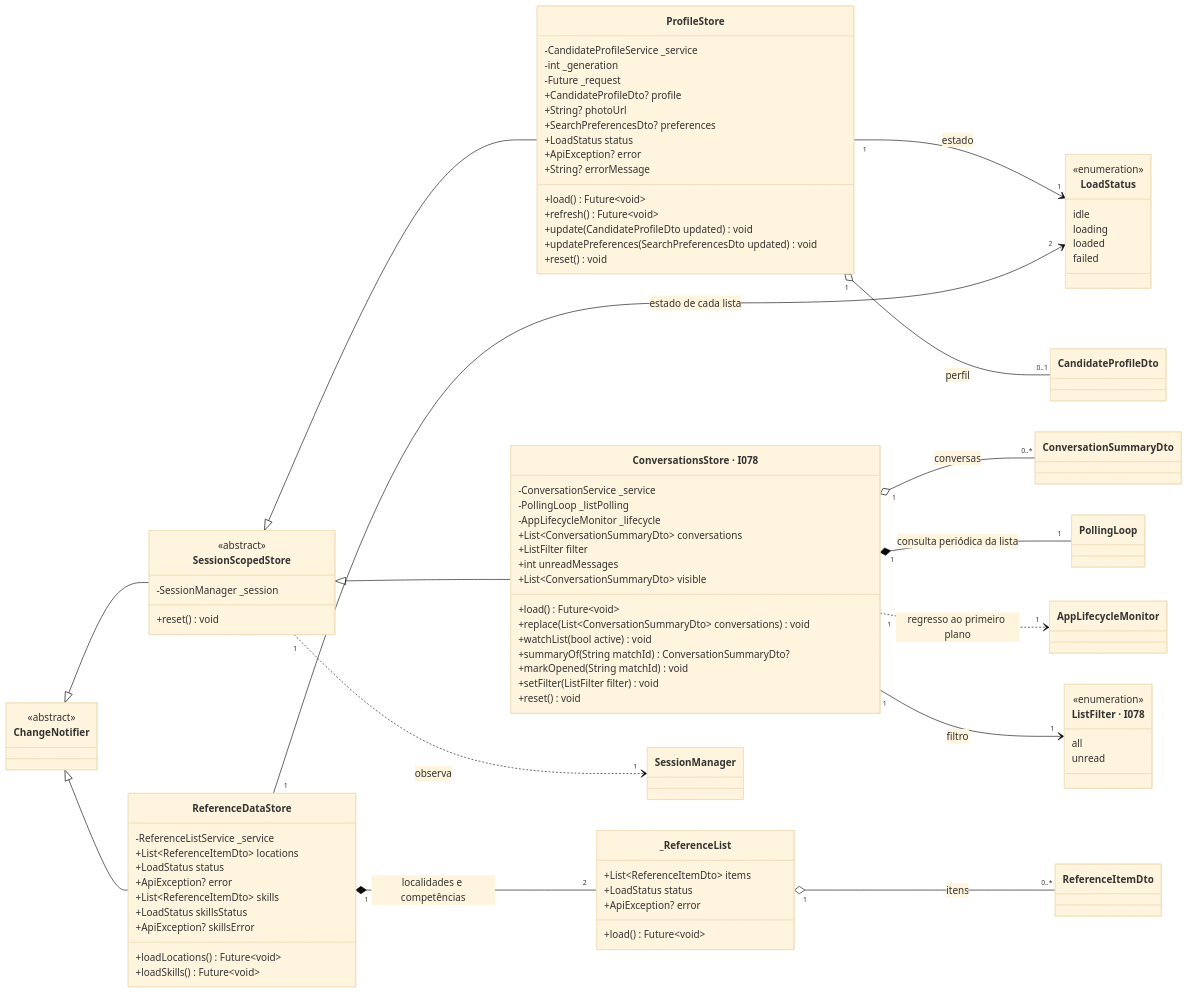
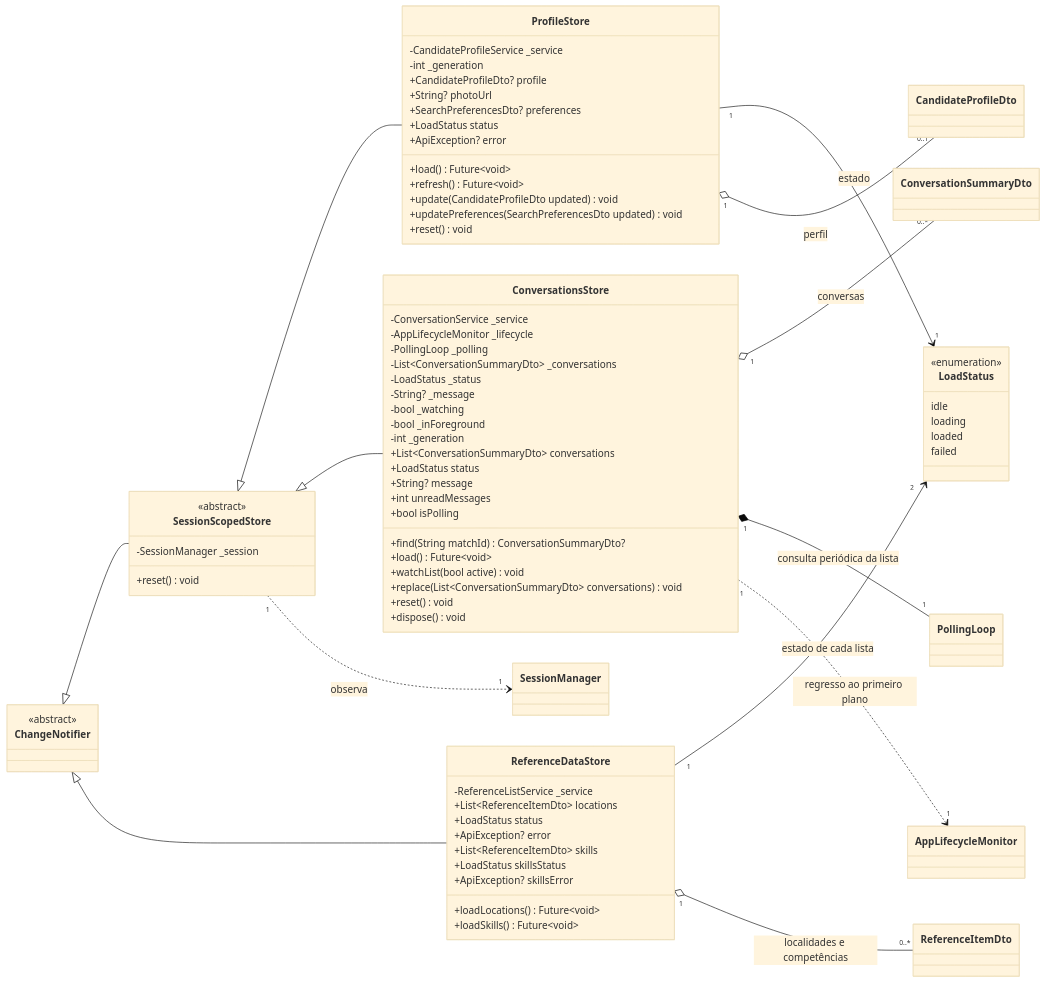
Diagram 12 of 23 in 04-artefactos-tecnicos/04.07-modelos-de-classes/m4-modelo-classes-frontend-mobile-v03.md (katch-lds/katch-docs), drawn with Mermaid (base theme) before and after one commit. The commit also changed other lines of this file and 2 other files, not shown here.

````diff
--- a/04-artefactos-tecnicos/04.07-modelos-de-classes/m4-modelo-classes-frontend-mobile-v03.md
+++ b/04-artefactos-tecnicos/04.07-modelos-de-classes/m4-modelo-classes-frontend-mobile-v03.md
@@ -966,11 +1017,6 @@
         loading
         loaded
         failed
-    }
-    class ListFilter["ListFilter · I078"] {
-        <<enumeration>>
-        all
-        unread
     }
     class ChangeNotifier {
         <<abstract>>
@@ -983,34 +1029,38 @@
     class ProfileStore {
         -CandidateProfileService _service
         -int _generation
-        -Future _request
         +CandidateProfileDto? profile
         +String? photoUrl
         +SearchPreferencesDto? preferences
         +LoadStatus status
         +ApiException? error
-        +String? errorMessage
         +load() Future~void~
         +refresh() Future~void~
         +update(CandidateProfileDto updated) void
         +updatePreferences(SearchPreferencesDto updated) void
         +reset() void
     }
-    class ConversationsStore["ConversationsStore · I078"] {
+    class ConversationsStore {
         -ConversationService _service
-        -PollingLoop _listPolling
         -AppLifecycleMonitor _lifecycle
+        -PollingLoop _polling
+        -List~ConversationSummaryDto~ _conversations
+        -LoadStatus _status
+        -String? _message
+        -bool _watching
+        -bool _inForeground
+        -int _generation
         +List~ConversationSummaryDto~ conversations
-        +ListFilter filter
+        +LoadStatus status
+        +String? message
         +int unreadMessages
-        +List~ConversationSummaryDto~ visible
+        +bool isPolling
+        +find(String matchId) ConversationSummaryDto?
         +load() Future~void~
+        +watchList(bool active) void
         +replace(List~ConversationSummaryDto~ conversations) void
-        +watchList(bool active) void
-        +summaryOf(String matchId) ConversationSummaryDto?
-        +markOpened(String matchId) void
-        +setFilter(ListFilter filter) void
         +reset() void
+        +dispose() void
     }
     class ReferenceDataStore {
         -ReferenceListService _service
@@ -1023,12 +1073,6 @@
         +loadLocations() Future~void~
         +loadSkills() Future~void~
     }
-    class ReferenceList["_ReferenceList"] {
-        +List~ReferenceItemDto~ items
-        +LoadStatus status
-        +ApiException? error
-        +load() Future~void~
-    }
     ChangeNotifier <|-- SessionScopedStore
     ChangeNotifier <|-- ReferenceDataStore
     SessionScopedStore <|-- ProfileStore
@@ -1040,7 +1084,5 @@
     ConversationsStore "1" o-- "0..*" ConversationSummaryDto : conversas
     ConversationsStore "1" *-- "1" PollingLoop : consulta periódica da lista
     ConversationsStore "1" ..> "1" AppLifecycleMonitor : regresso ao primeiro plano
-    ReferenceDataStore "1" *-- "2" ReferenceList : localidades e competências
-    ReferenceList "1" o-- "0..*" ReferenceItemDto : itens
-    ConversationsStore "1" --> "1" ListFilter : filtro
+    ReferenceDataStore "1" o-- "0..*" ReferenceItemDto : localidades e competências
 ```
````
